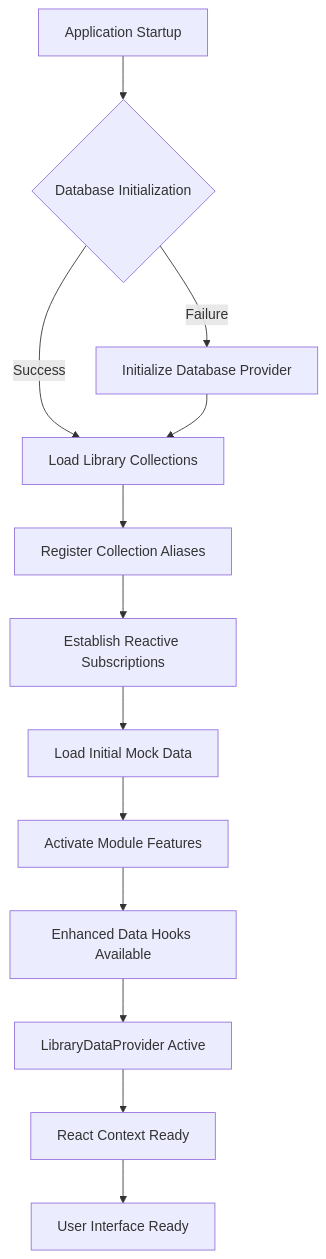
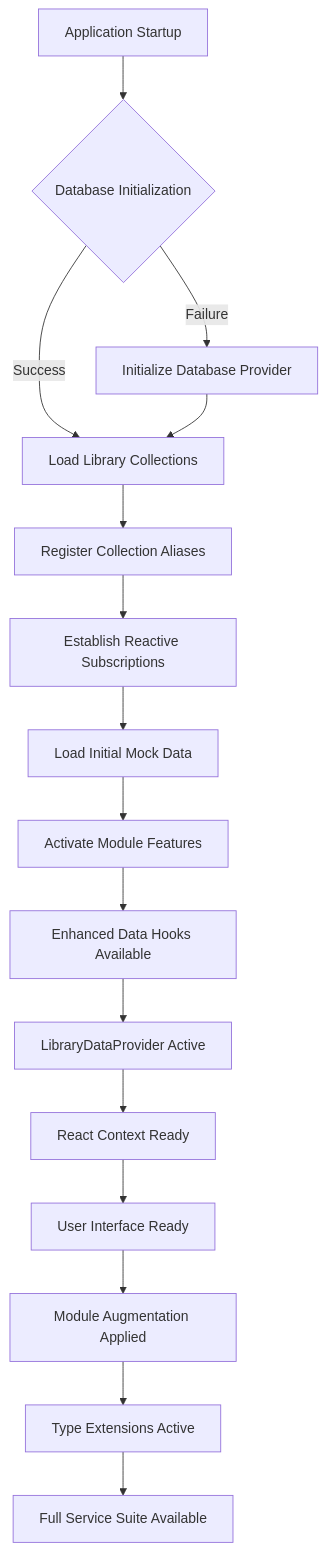
One commit to geniusdynamics/schoolpilot changed the fourth of 12 diagrams in .qoder/repowiki/en/content/Modules System/Library Module.md. Above: the diagram before and after it, drawn with Mermaid. The commit also changed other lines of this file and 54 other files, not shown here.

````diff
--- a/.qoder/repowiki/en/content/Modules System/Library Module.md
+++ b/.qoder/repowiki/en/content/Modules System/Library Module.md
@@ -251,15 +342,18 @@
 ```mermaid
 flowchart TD
 A[Application Startup] --> B{Database Initialization}
 B --> |Success| C[Load Library Collections]
 B --> |Failure| D[Initialize Database Provider]
 C --> E[Register Collection Aliases]
 E --> F[Establish Reactive Subscriptions]
 F --> G[Load Initial Mock Data]
 G --> H[Activate Module Features]
 D --> C
 H --> I[Enhanced Data Hooks Available]
 I --> J[LibraryDataProvider Active]
 J --> K[React Context Ready]
 K --> L[User Interface Ready]
+L --> M[Module Augmentation Applied]
+M --> N[Type Extensions Active]
+N --> O[Full Service Suite Available]
 ```
````
